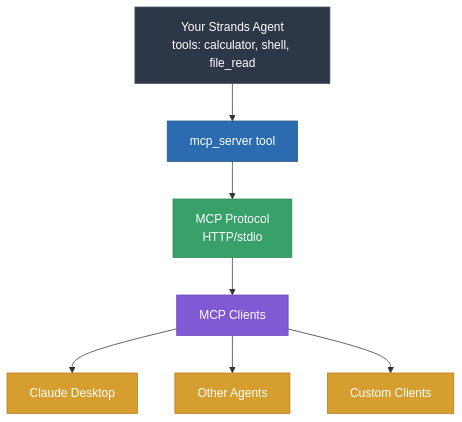
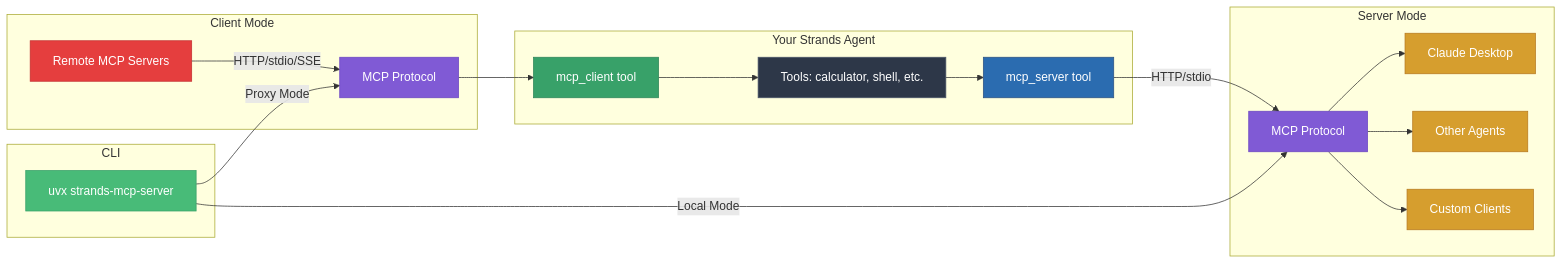
One commit to cagataycali/strands-mcp-server changed the diagram in README.md. Above: the diagram before and after it, drawn with Mermaid. The commit also changed other lines of this file and 10 other files, not shown here.

Commit message:
docs: simplify documentation and add bidirectional architecture diagram

````diff
--- a/README.md
+++ b/README.md
@@ -20,17 +19,38 @@
 ```mermaid
-graph TD
-    A[Your Strands Agent<br/>tools: calculator, shell, file_read] --> B[mcp_server tool]
-    B --> C[MCP Protocol<br/>HTTP/stdio]
-    C --> D[MCP Clients]
-    D --> E[Claude Desktop]
-    D --> F[Other Agents]
-    D --> G[Custom Clients]
+graph LR
+    subgraph "Your Strands Agent"
+        A[Tools: calculator, shell, etc.]
+        B[mcp_server tool]
+        C[mcp_client tool]
+        A --> B
+        C --> A
+    end
+    
+    subgraph "Server Mode"
+        B -->|HTTP/stdio| D[MCP Protocol]
+        D --> E[Claude Desktop]
+        D --> F[Other Agents]
+        D --> G[Custom Clients]
+    end
+    
+    subgraph "Client Mode"
+        H[Remote MCP Servers] -->|HTTP/stdio/SSE| I[MCP Protocol]
+        I --> C
+    end
+    
+    subgraph "CLI"
+        J[uvx strands-mcp-server] -->|Local Mode| D
+        J -->|Proxy Mode| I
+    end
     
     style A fill:#2d3748,stroke:#4a5568,color:#fff
     style B fill:#2b6cb0,stroke:#2c5282,color:#fff
     style C fill:#38a169,stroke:#2f855a,color:#fff
     style D fill:#805ad5,stroke:#6b46c1,color:#fff
+    style I fill:#805ad5,stroke:#6b46c1,color:#fff
     style E fill:#d69e2e,stroke:#b7791f,color:#fff
     style F fill:#d69e2e,stroke:#b7791f,color:#fff
     style G fill:#d69e2e,stroke:#b7791f,color:#fff
+    style H fill:#e53e3e,stroke:#c53030,color:#fff
+    style J fill:#48bb78,stroke:#38a169,color:#fff
 ```
````
